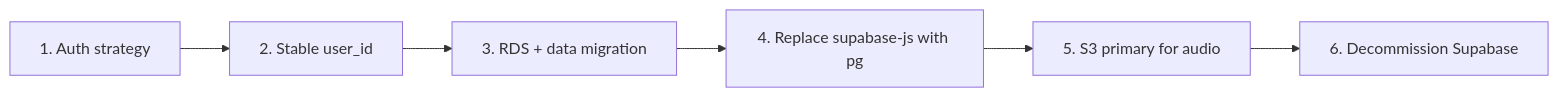
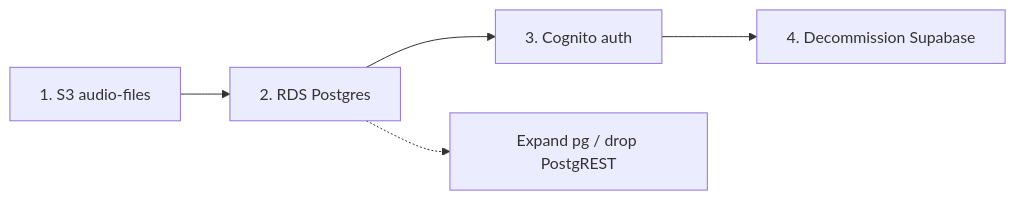
Before and after one commit to loohsien01/handover-enscribe-api: the diagram in docs/SUPABASE_TO_AWS_MIGRATION.md, drawn with Mermaid. The commit also changed other lines of this file and 11 other files, not shown here.

First line of the commit message:
feat(rds): add Postgres pool foundation for RDS cutover (Phase C PR 0)

````diff
--- a/docs/SUPABASE_TO_AWS_MIGRATION.md
+++ b/docs/SUPABASE_TO_AWS_MIGRATION.md
@@ -69,8 +77,7 @@
 ```mermaid
 flowchart LR
-  A[1. Auth strategy] --> B[2. Stable user_id]
-  B --> C[3. RDS + data migration]
-  C --> D[4. Replace supabase-js with pg]
-  D --> E[5. S3 primary for audio]
-  E --> F[6. Decommission Supabase]
+  S1[1. S3 audio-files] --> S2[2. RDS Postgres]
+  S2 --> S3[3. Cognito auth]
+  S3 --> S4[4. Decommission Supabase]
+  S2 -.-> S2a[Expand pg / drop PostgREST]
 ```
````
